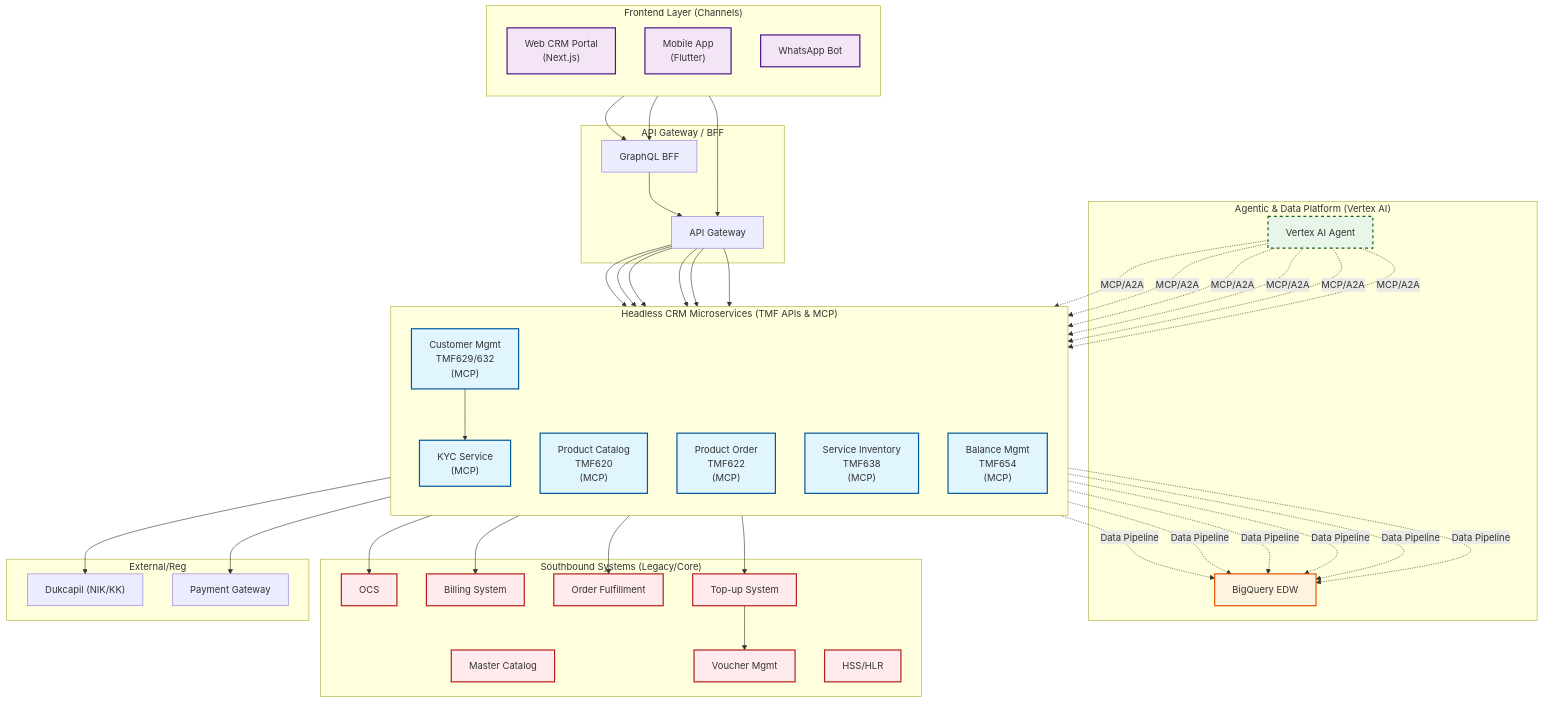
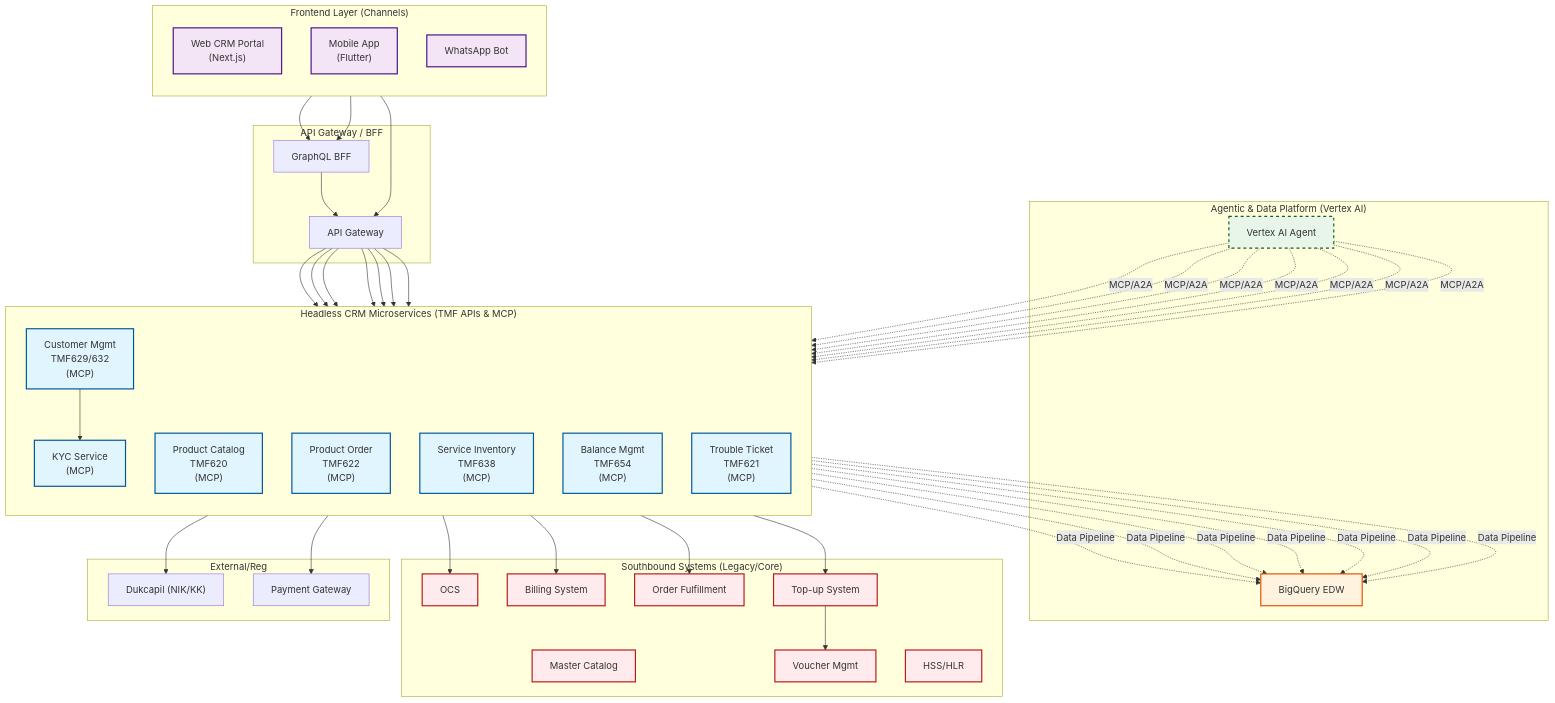
Before and after one commit to epapayu/headlesscrm: the diagram in docs/design_blueprint.md, drawn with Mermaid. The commit also changed other lines of this file, not shown here.

Commit message:
Update Design Blueprint Diagram with Trouble Ticket (TMF621)

````diff
--- a/docs/design_blueprint.md
+++ b/docs/design_blueprint.md
@@ -153,69 +156,70 @@
 ```mermaid
 flowchart TD
     %% Diagram Updated
     classDef micro fill:#e1f5fe,stroke:#01579b,stroke-width:2px;
     classDef legacy fill:#ffebee,stroke:#b71c1c,stroke-width:2px;
     classDef channel fill:#f3e5f5,stroke:#4a148c,stroke-width:2px;
     classDef ai fill:#e8f5e9,stroke:#1b5e20,stroke-width:2px,stroke-dasharray: 5 5;
     classDef data fill:#fff3e0,stroke:#e65100,stroke-width:2px;
 
     subgraph Frontend ["Frontend Layer (Channels)"]
         direction TB
         Portal["Web CRM Portal<br/>(Next.js)"]:::channel
         MobileApp["Mobile App<br/>(Flutter)"]:::channel
         WA["WhatsApp Bot"]:::channel
     end
 
     subgraph API_GW ["API Gateway / BFF"]
         APIGW[API Gateway]
         BFF[GraphQL BFF]
     end
 
     subgraph Microservices ["Headless CRM Microservices (TMF APIs & MCP)"]
         direction TB
         Cust["Customer Mgmt<br/>TMF629/632<br/>(MCP)"]:::micro
         Prod["Product Catalog<br/>TMF620<br/>(MCP)"]:::micro
         Order["Product Order<br/>TMF622<br/>(MCP)"]:::micro
         Inv["Service Inventory<br/>TMF638<br/>(MCP)"]:::micro
         Bal["Balance Mgmt<br/>TMF654<br/>(MCP)"]:::micro
         KYC["KYC Service<br/>(MCP)"]:::micro
+        Tkt["Trouble Ticket<br/>TMF621<br/>(MCP)"]:::micro
     end
 
     subgraph Agentic ["Agentic & Data Platform (Vertex AI)"]
         Vertex["Vertex AI Agent"]:::ai
         BQ["BigQuery EDW"]:::data
     end
 
     subgraph Southbound ["Southbound Systems (Legacy/Core)"]
         OCS[OCS]:::legacy
         Bill[Billing System]:::legacy
         M_Cat[Master Catalog]:::legacy
         SOM[Order Fulfillment]:::legacy
         VMS[Voucher Mgmt]:::legacy
         TopUp[Top-up System]:::legacy
         HSS[HSS/HLR]:::legacy
     end
 
     subgraph External ["External/Reg"]
         Dukcapil["Dukcapil (NIK/KK)"]
         PayGW[Payment Gateway]
     end
 
     Portal --> BFF
     MobileApp --> BFF
     WA --> APIGW
     BFF --> APIGW
-    APIGW --> Cust & Prod & Order & Inv & Bal & KYC
+    APIGW --> Cust & Prod & Order & Inv & Bal & KYC & Tkt
 
-    Vertex -.->|MCP/A2A| Cust & Prod & Order & Inv & Bal & KYC
-    Cust & Prod & Order & Inv & Bal & KYC -.->|Data Pipeline| BQ
+    Vertex -.->|MCP/A2A| Cust & Prod & Order & Inv & Bal & KYC & Tkt
+    Cust & Prod & Order & Inv & Bal & KYC & Tkt -.->|Data Pipeline| BQ
 
     Cust --> KYC
     KYC --> Dukcapil
     Order --> SOM
     Order --> PayGW
     Bal --> OCS
     Bal --> TopUp
     TopUp --> VMS
     Inv --> Bill
 ```
````
